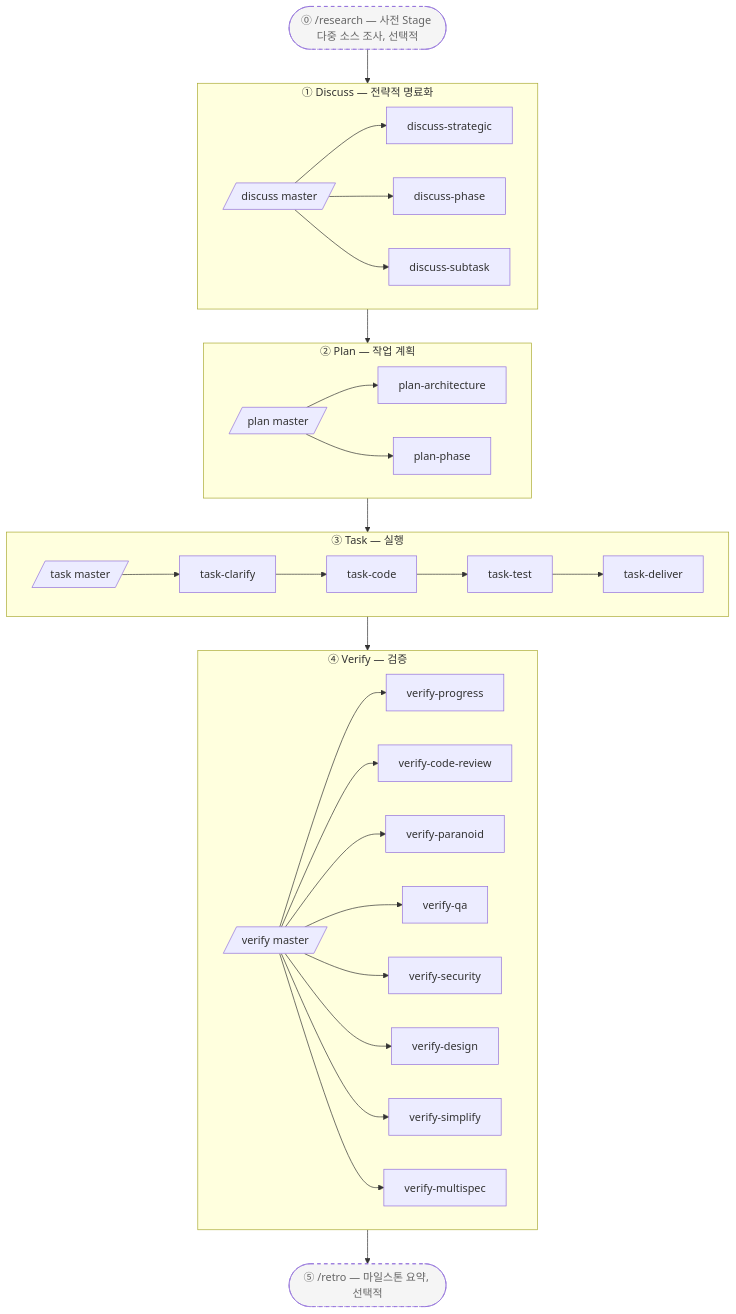
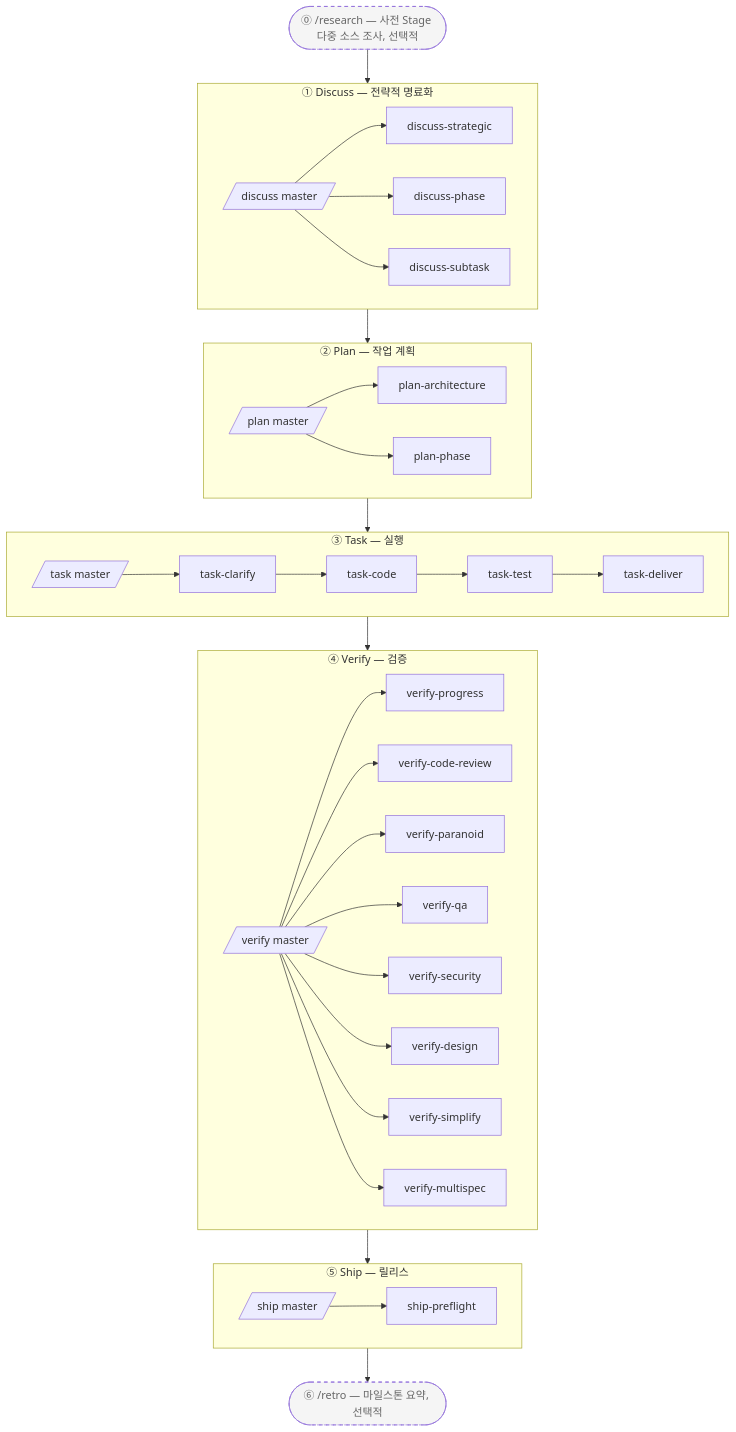
One commit to easyinplay/harnessed changed the second of 2 diagrams in README-ko.md. Above: the diagram before and after it, drawn with Mermaid. The commit also changed other lines of this file and 9 other files, not shown here.

````diff
--- a/README-ko.md
+++ b/README-ko.md
@@ -111,42 +192,47 @@
 ```mermaid
 graph TD
   RS([⓪ /research — 사전 Stage 다중 소스 조사, 선택적]):::optional
   subgraph Discuss[① Discuss — 전략적 명료화]
     DM[/discuss master/]
     DS[discuss-strategic]
     DP[discuss-phase]
     DT[discuss-subtask]
     DM --> DS & DP & DT
   end
   subgraph Plan[② Plan — 작업 계획]
     PM[/plan master/]
     PA[plan-architecture]
     PP[plan-phase]
     PM --> PA & PP
   end
   subgraph Task[③ Task — 실행]
     TM[/task master/]
     TC[task-clarify]
     TCo[task-code]
     TT[task-test]
     TD[task-deliver]
     TM --> TC --> TCo --> TT --> TD
   end
   subgraph Verify[④ Verify — 검증]
     VMs[/verify master/]
     VP[verify-progress]
     VC[verify-code-review]
     VPa[verify-paranoid]
     VQ[verify-qa]
     VS[verify-security]
     VD[verify-design]
     VSi[verify-simplify]
     VM[verify-multispec]
     VMs --> VP & VC & VPa & VQ & VS & VD & VSi & VM
   end
-  RT([⑤ /retro — 마일스톤 요약, 선택적]):::optional
+  subgraph Ship[⑤ Ship — 릴리스]
+    SMs[/ship master/]
+    SP[ship-preflight]
+    SMs --> SP
+  end
+  RT([⑥ /retro — 마일스톤 요약, 선택적]):::optional
   RS --> Discuss
-  Discuss --> Plan --> Task --> Verify
-  Verify --> RT
+  Discuss --> Plan --> Task --> Verify --> Ship
+  Ship --> RT
   classDef optional stroke-dasharray:5 5,fill:#f5f5f5,color:#666
 ```
````
